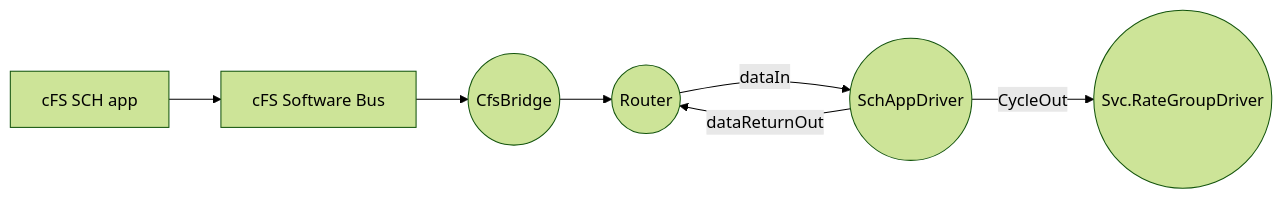
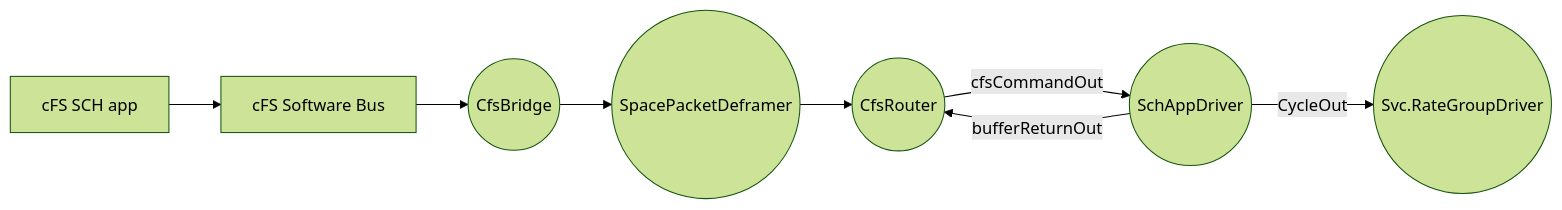
Before and after one commit to JPL-Devin/fprime_cfs: the diagram in FPrimeCfs/SchAppDriver/docs/sdd.md, drawn with Mermaid (forest theme). The commit also changed other lines of this file and 7 other files, not shown here.

Commit message:
Receive scheduler messages via the CfsRouter cFS command route

````diff
--- a/FPrimeCfs/SchAppDriver/docs/sdd.md
+++ b/FPrimeCfs/SchAppDriver/docs/sdd.md
@@ -34,9 +38,10 @@
 ```mermaid
 flowchart LR
     SCH["cFS SCH app"] --> Bus[cFS Software Bus]
     Bus --> Bridge((CfsBridge))
-    Bridge --> Router((Router))
-    Router -- "dataIn" --> SchAppDriver((SchAppDriver))
-    SchAppDriver -- "dataReturnOut" --> Router
+    Bridge --> Deframer((SpacePacketDeframer))
+    Deframer --> Router((CfsRouter))
+    Router -- "cfsCommandOut" --> SchAppDriver((SchAppDriver))
+    SchAppDriver -- "bufferReturnOut" --> Router
     SchAppDriver -- "CycleOut" --> RGD((Svc.RateGroupDriver))
 ```
````
